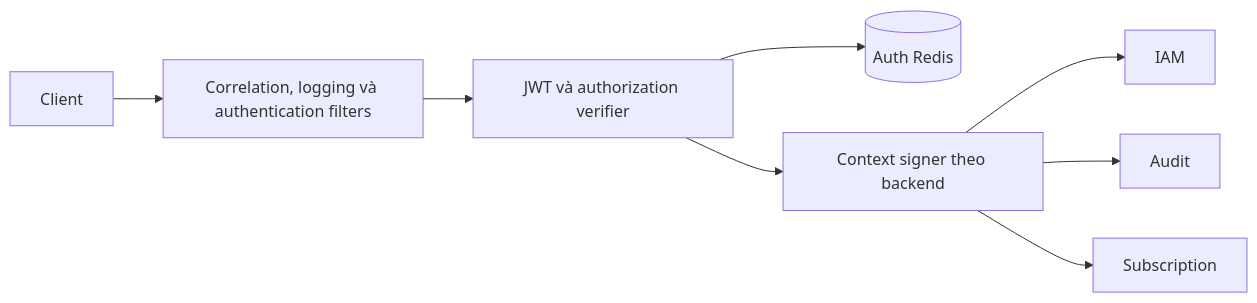
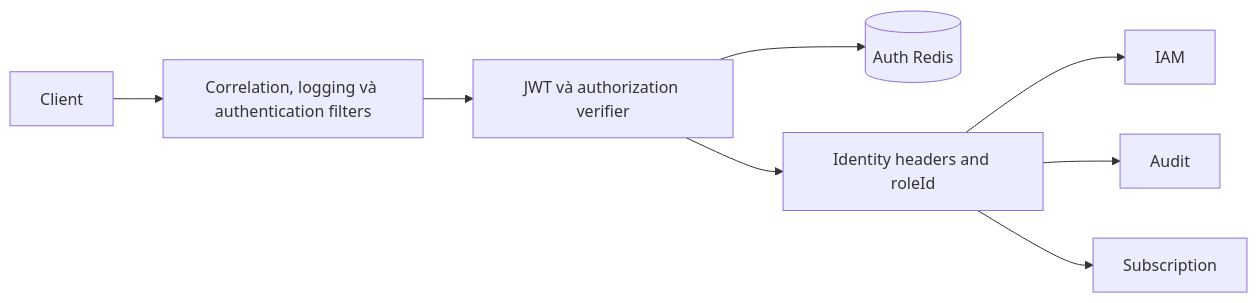
The diagram in services/api-gateway/docs/architecture.md (NDQuynh259/vishop-platform), drawn with Mermaid before and after one commit. The commit also changed other lines of this file and 123 other files, not shown here.

````diff
--- a/services/api-gateway/docs/architecture.md
+++ b/services/api-gateway/docs/architecture.md
@@ -3,10 +3,10 @@
 ```mermaid
 flowchart LR
     Client --> Filters[Correlation, logging và authentication filters]
     Filters --> Verify[JWT và authorization verifier]
     Verify --> Redis[(Auth Redis)]
-    Verify --> Sign[Context signer theo backend]
+    Verify --> Sign[Identity headers and roleId]
     Sign --> IAM
     Sign --> Audit
     Sign --> Subscription
 ```
````
